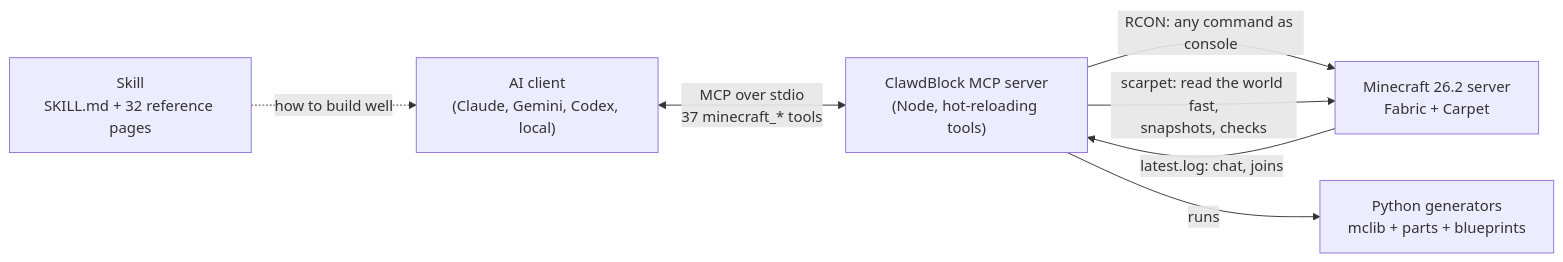
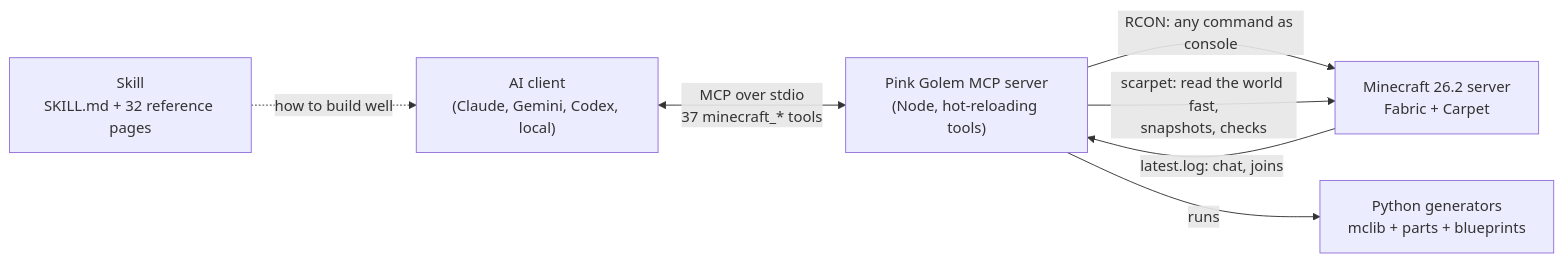
Before and after one commit to sagistiki/pink-golem: the diagram in README.md, drawn with Mermaid. The commit also changed other lines of this file and 158 other files, not shown here.

````diff
--- a/README.md
+++ b/README.md
@@ -85,9 +86,9 @@
 ```mermaid
 flowchart LR
-    AI["AI client<br/>(Claude, Gemini, Codex, local)"] <-- "MCP over stdio<br/>37 minecraft_* tools" --> MCP["ClawdBlock MCP server<br/>(Node, hot-reloading tools)"]
+    AI["AI client<br/>(Claude, Gemini, Codex, local)"] <-- "MCP over stdio<br/>37 minecraft_* tools" --> MCP["Pink Golem MCP server<br/>(Node, hot-reloading tools)"]
     MCP -- "RCON: any command as console" --> MC["Minecraft 26.2 server<br/>Fabric + Carpet"]
     MC -- "latest.log: chat, joins" --> MCP
     MCP -- "scarpet: read the world fast,<br/>snapshots, checks" --> MC
     MCP -- "runs" --> GEN["Python generators<br/>mclib + parts + blueprints"]
     SKILL["Skill<br/>SKILL.md + 32 reference pages"] -. "how to build well" .-> AI
 ```
````
